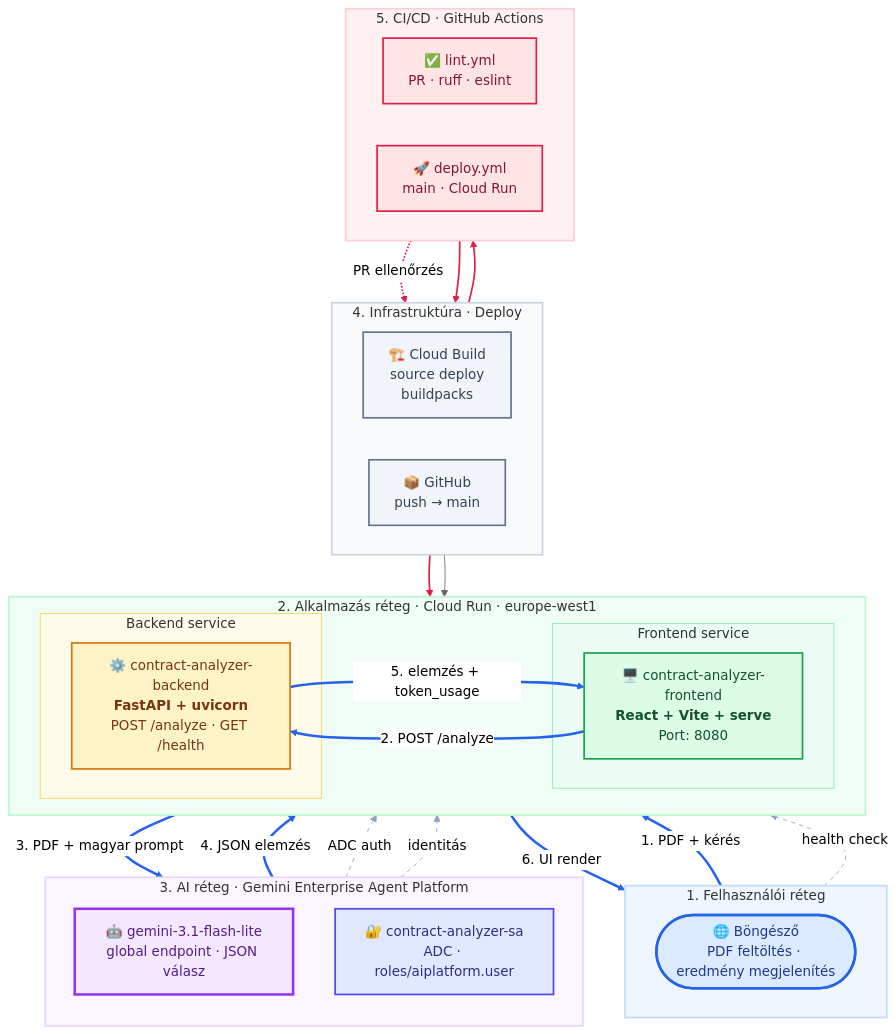
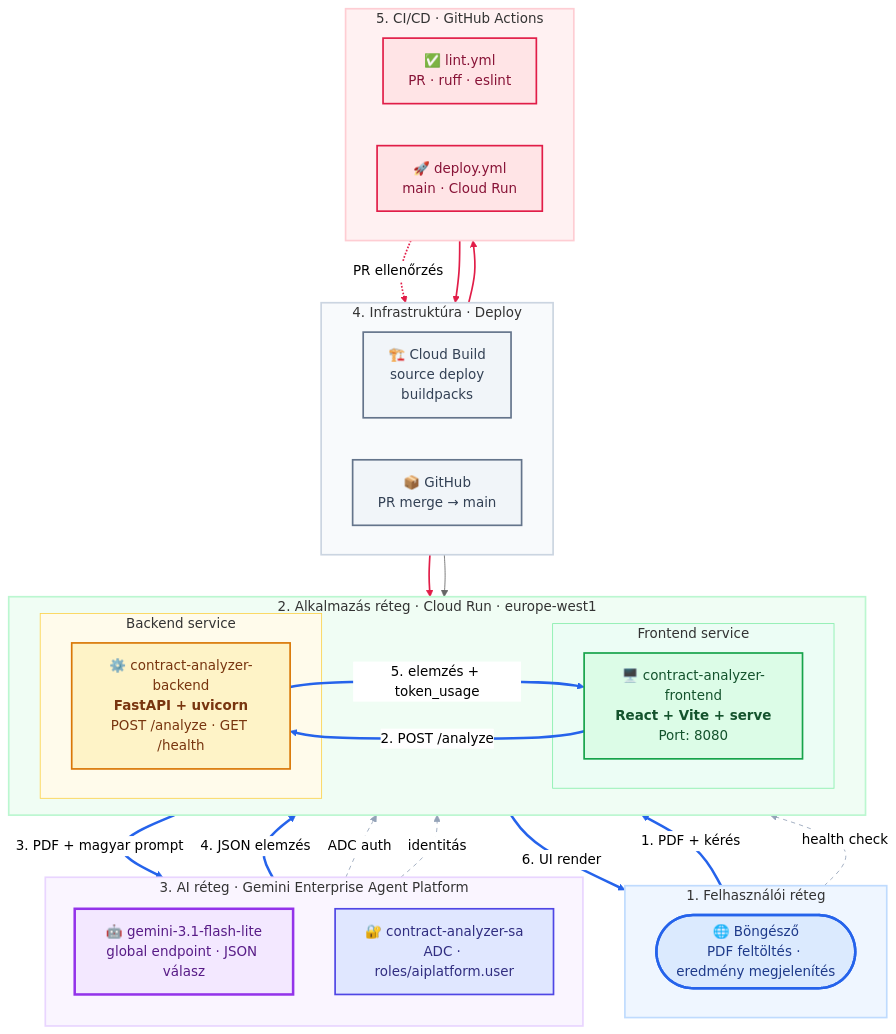
Before and after one commit to cloudsteak/trn-gcp-ai-contract-analyzer: the second of 6 diagrams in README.md, drawn with Mermaid (neutral theme). The commit also changed other lines of this file and 8 other files, not shown here.

````diff
--- a/README.md
+++ b/README.md
@@ -157,80 +238,80 @@
 ```mermaid
 flowchart TB
     subgraph L1["1. Felhasználói réteg"]
         direction LR
         Browser(["🌐 Böngésző<br/>PDF feltöltés · eredmény megjelenítés"])
     end
 
     subgraph L2["2. Alkalmazás réteg · Cloud Run · europe-west1"]
         direction LR
         subgraph CR_FE["Frontend service"]
             FE["🖥️ contract-analyzer-frontend<br/><b>React + Vite + serve</b><br/>Port: 8080"]
         end
         subgraph CR_BE["Backend service"]
             BE["⚙️ contract-analyzer-backend<br/><b>FastAPI + uvicorn</b><br/>POST /analyze · GET /health"]
         end
     end
 
     subgraph L3["3. AI réteg · Gemini Enterprise Agent Platform"]
         direction TB
         GEAP["🤖 gemini-3.1-flash-lite<br/>global endpoint · JSON válasz"]
         SA["🔐 contract-analyzer-sa<br/>ADC · roles/aiplatform.user"]
     end
 
     subgraph L4["4. Infrastruktúra · Deploy"]
         direction LR
         CB["🏗️ Cloud Build<br/>source deploy<br/>buildpacks"]
-        GH["📦 GitHub<br/>push → main"]
+        GH["📦 GitHub<br/>PR merge → main"]
     end
 
     subgraph L5["5. CI/CD · GitHub Actions"]
         direction LR
         Lint["✅ lint.yml<br/>PR · ruff · eslint"]
         Deploy["🚀 deploy.yml<br/>main · Cloud Run"]
     end
 
     Browser ==>|"1. PDF + kérés"| FE
     FE ==>|"2. POST /analyze"| BE
     BE ==>|"3. PDF + magyar prompt"| GEAP
     GEAP ==>|"4. JSON elemzés"| BE
     BE ==>|"5. elemzés + token_usage"| FE
     FE ==>|"6. UI render"| Browser
 
     Browser -.->|"health check"| BE
     SA -.->|"ADC auth"| BE
     SA -.->|"identitás"| FE
 
     GH --> Deploy
     Lint -.->|"PR ellenőrzés"| GH
     Deploy --> CB
     CB --> FE
     CB --> BE
 
     classDef client fill:#DBEAFE,stroke:#2563EB,stroke-width:3px,color:#1E3A8A,rx:12,ry:12
     classDef frontend fill:#DCFCE7,stroke:#16A34A,stroke-width:2px,color:#14532D
     classDef backend fill:#FEF3C7,stroke:#D97706,stroke-width:2px,color:#78350F
     classDef ai fill:#F3E8FF,stroke:#9333EA,stroke-width:3px,color:#581C87
     classDef security fill:#E0E7FF,stroke:#4F46E5,stroke-width:2px,color:#312E81
     classDef infra fill:#F1F5F9,stroke:#64748B,stroke-width:2px,color:#334155
     classDef cicd fill:#FFE4E6,stroke:#E11D48,stroke-width:2px,color:#881337
 
     class Browser client
     class FE frontend
     class BE backend
     class GEAP ai
     class SA security
     class CB,GH infra
     class Lint,Deploy cicd
 
     linkStyle 0,1,2,3,4,5 stroke:#2563EB,stroke-width:3px
     linkStyle 6,7,8 stroke:#94A3B8,stroke-width:1px,stroke-dasharray:5
     linkStyle 9,10,11,12 stroke:#E11D48,stroke-width:2px
 
     style L1 fill:#EFF6FF,stroke:#BFDBFE,stroke-width:2px
     style L2 fill:#F0FDF4,stroke:#BBF7D0,stroke-width:2px
     style L3 fill:#FAF5FF,stroke:#E9D5FF,stroke-width:2px
     style L4 fill:#F8FAFC,stroke:#CBD5E1,stroke-width:2px
     style L5 fill:#FFF1F2,stroke:#FECDD3,stroke-width:2px
     style CR_FE fill:#ECFDF5,stroke:#86EFAC,stroke-width:1px
     style CR_BE fill:#FFFBEB,stroke:#FCD34D,stroke-width:1px
 ```
````
